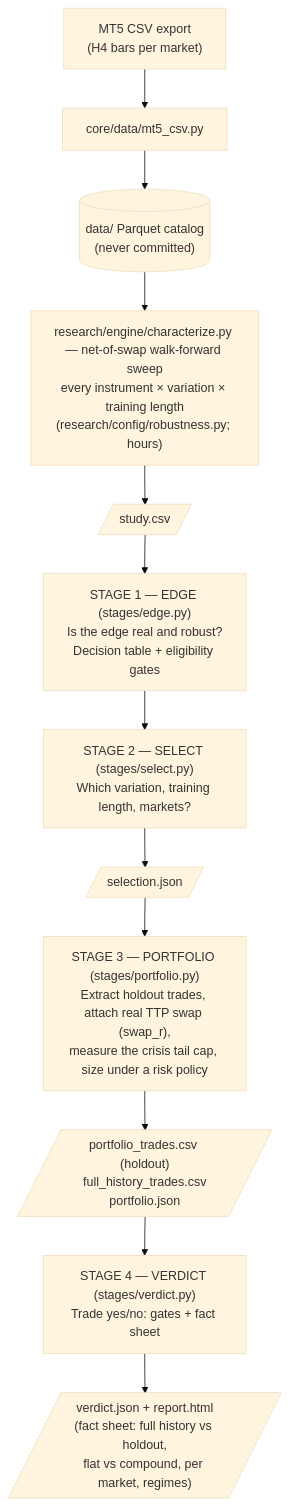
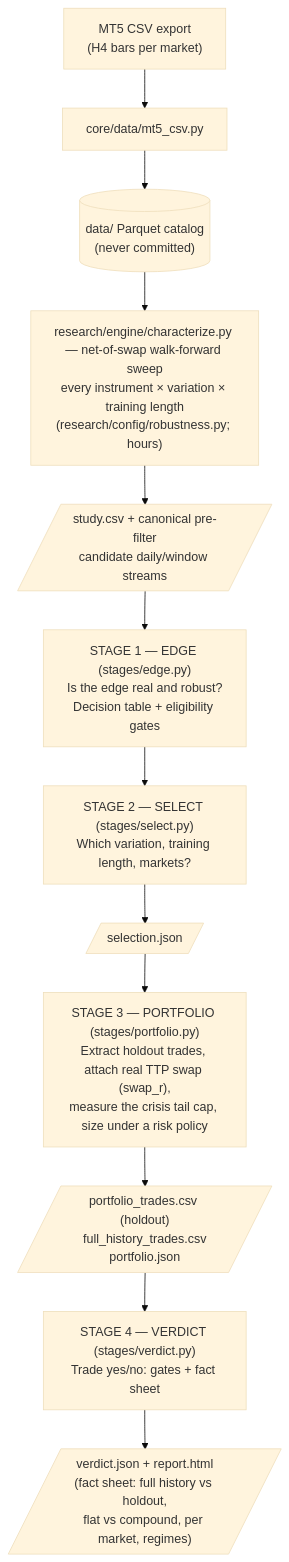
One commit to QPlus-Capital/trading-system changed the second of 5 diagrams in docs/architecture.md. Above: the diagram before and after it, drawn with Mermaid (base theme). The commit also changed other lines of this file and 14 other files, not shown here.

Commit message:
feat(research): persist canonical candidate return streams

````diff
--- a/docs/architecture.md
+++ b/docs/architecture.md
@@ -61,18 +61,18 @@
 ```mermaid
 flowchart TD
     CSV["MT5 CSV export<br/>(H4 bars per market)"] --> INGEST["core/data/mt5_csv.py"]
     INGEST --> CAT[("data/ Parquet catalog<br/>(never committed)")]
 
     CAT --> SWEEP["research/engine/characterize.py — net-of-swap walk-forward sweep<br/>every instrument × variation × training length<br/>(research/config/robustness.py; hours)"]
-    SWEEP --> STUDY[/"study.csv"/]
+    SWEEP --> STUDY[/"study.csv + canonical pre-filter<br/>candidate daily/window streams"/]
 
     STUDY --> S1["STAGE 1 — EDGE (stages/edge.py)<br/>Is the edge real and robust?<br/>Decision table + eligibility gates"]
     S1 --> S2["STAGE 2 — SELECT (stages/select.py)<br/>Which variation, training length, markets?"]
     S2 --> SEL[/"selection.json"/]
 
     SEL --> S3["STAGE 3 — PORTFOLIO (stages/portfolio.py)<br/>Extract holdout trades, attach real TTP swap (swap_r),<br/>measure the crisis tail cap, size under a risk policy"]
     S3 --> PT[/"portfolio_trades.csv (holdout)<br/>full_history_trades.csv<br/>portfolio.json"/]
 
     PT --> S4["STAGE 4 — VERDICT (stages/verdict.py)<br/>Trade yes/no: gates + fact sheet"]
     S4 --> OUT[/"verdict.json + report.html<br/>(fact sheet: full history vs holdout,<br/>flat vs compound, per market, regimes)"/]
 ```
````
